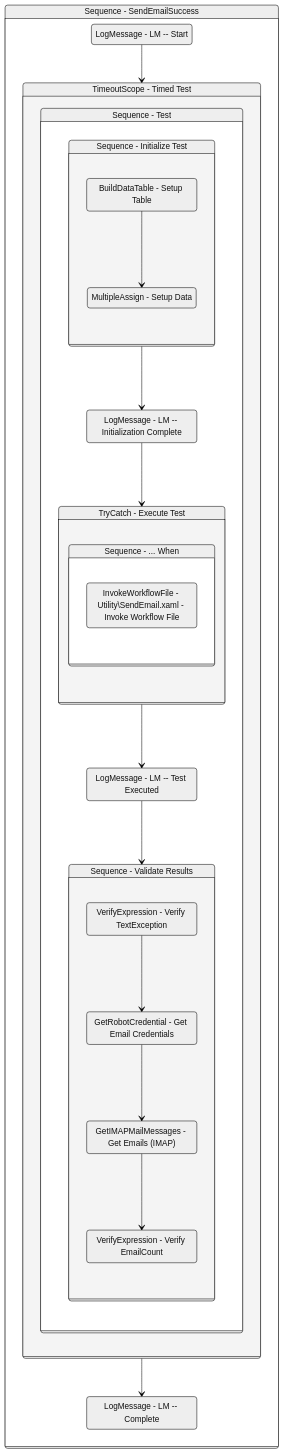
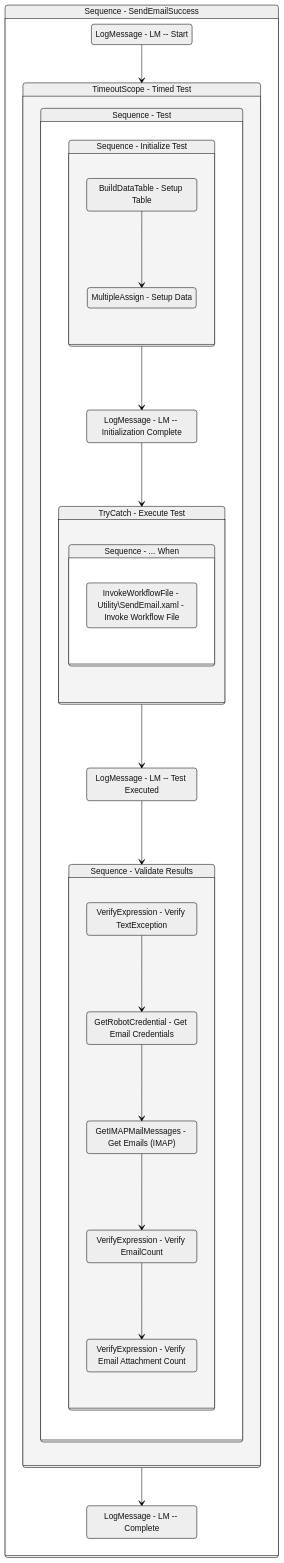
One commit to yashbrahmbhatt/LazyFramework changed the diagram in Documentation/Tests/Utility/SendEmail/SendEmailSuccess.md. Above: the diagram before and after it, drawn with Mermaid (neutral theme). The commit also changed other lines of this file and 58 other files, not shown here.

````diff
--- a/Documentation/Tests/Utility/SendEmail/SendEmailSuccess.md
+++ b/Documentation/Tests/Utility/SendEmail/SendEmailSuccess.md
@@ -159,57 +147,59 @@
 ```mermaid
 stateDiagram-v2
 
 
 Sequence_1: Sequence - SendEmailSuccess
 state Sequence_1 {
 direction TB
 LogMessage_1 : LogMessage - LM -- Start
 LogMessage_1 --> TimeoutScope_1
 TimeoutScope_1: TimeoutScope - Timed Test
 state TimeoutScope_1 {
 direction TB
 
 Sequence_5: Sequence - Test
 state Sequence_5 {
 direction TB
 
 Sequence_2: Sequence - Initialize Test
 state Sequence_2 {
 direction TB
 BuildDataTable_1 : BuildDataTable - Setup Table
 MultipleAssign_2 : MultipleAssign - Setup Data
 BuildDataTable_1 --> MultipleAssign_2
 }
 LogMessage_2 : LogMessage - LM -- Initialization Complete
 Sequence_2 --> LogMessage_2
 LogMessage_2 --> TryCatch_1
 TryCatch_1: TryCatch - Execute Test
 state TryCatch_1 {
 direction TB
 
 Sequence_3: Sequence - ... When
 state Sequence_3 {
 direction TB
 InvokeWorkflowFile_1 : InvokeWorkflowFile - Utility\\SendEmail.xaml - Invoke Workflow File
 }
 }
 LogMessage_3 : LogMessage - LM -- Test Executed
 TryCatch_1 --> LogMessage_3
 LogMessage_3 --> Sequence_4
 Sequence_4: Sequence - Validate Results
 state Sequence_4 {
 direction TB
 VerifyExpression_5 : VerifyExpression - Verify TextException
 GetRobotCredential_1 : GetRobotCredential - Get Email Credentials
 VerifyExpression_5 --> GetRobotCredential_1
 GetIMAPMailMessages_1 : GetIMAPMailMessages - Get Emails (IMAP)
 GetRobotCredential_1 --> GetIMAPMailMessages_1
 VerifyExpression_6 : VerifyExpression - Verify EmailCount
 GetIMAPMailMessages_1 --> VerifyExpression_6
+VerifyExpression_7 : VerifyExpression - Verify Email Attachment Count
+VerifyExpression_6 --> VerifyExpression_7
 }
 }
 }
 LogMessage_4 : LogMessage - LM -- Complete
 TimeoutScope_1 --> LogMessage_4
 }
 ```
````
